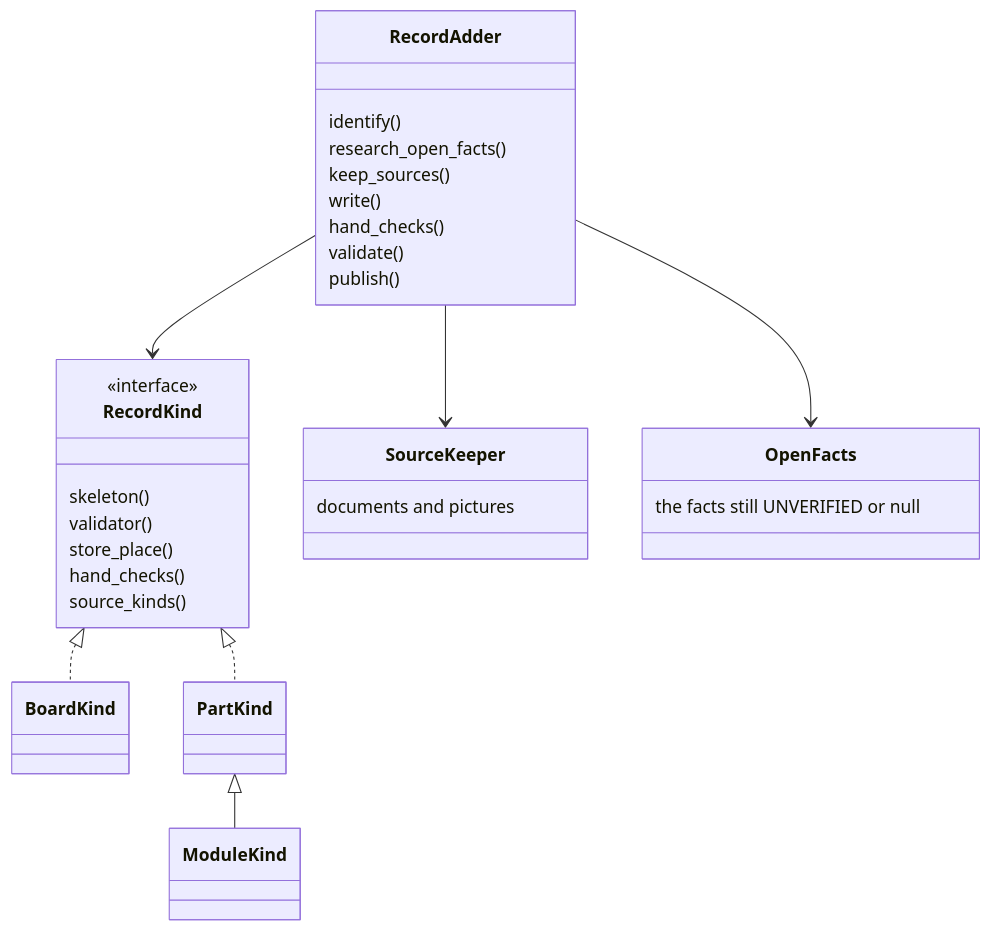
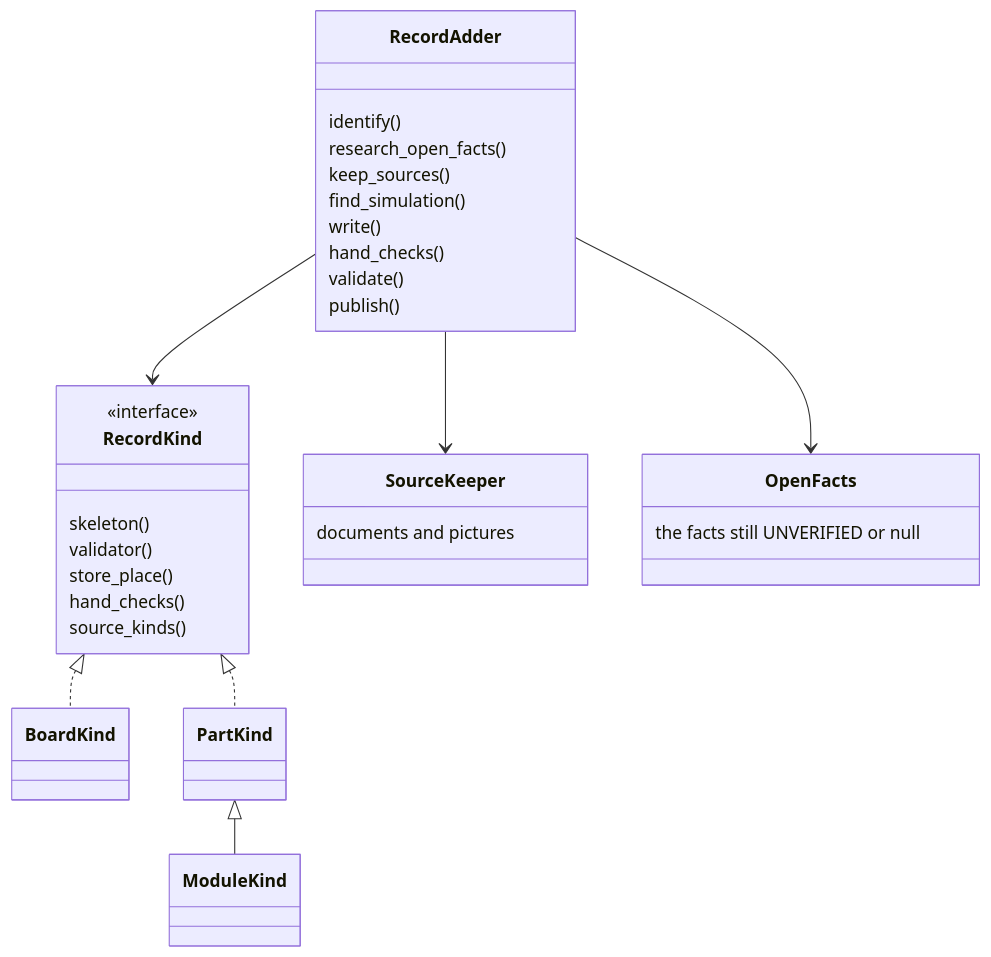
One commit to xmejkal/spark changed the diagram in docs/discovery/2026-10-19-p331-new-board-works/plan.md. Above: the diagram before and after it, drawn with Mermaid. The commit also changed other lines of this file, not shown here.

First line of the commit message:
P331: the shared core finds the best simulation for each new record

````diff
--- a/docs/discovery/2026-10-19-p331-new-board-works/plan.md
+++ b/docs/discovery/2026-10-19-p331-new-board-works/plan.md
@@ -29,31 +29,32 @@
 ```mermaid
 classDiagram
   class RecordAdder {
     identify()
     research_open_facts()
     keep_sources()
+    find_simulation()
     write()
     hand_checks()
     validate()
     publish()
   }
   class RecordKind {
     <<interface>>
     skeleton()
     validator()
     store_place()
     hand_checks()
     source_kinds()
   }
   class BoardKind
   class PartKind
   class ModuleKind
   class SourceKeeper { documents and pictures }
   class OpenFacts { the facts still UNVERIFIED or null }
   RecordAdder --> RecordKind
   RecordAdder --> SourceKeeper
   RecordAdder --> OpenFacts
   RecordKind <|.. BoardKind
   RecordKind <|.. PartKind
   PartKind <|-- ModuleKind
 ```
````
